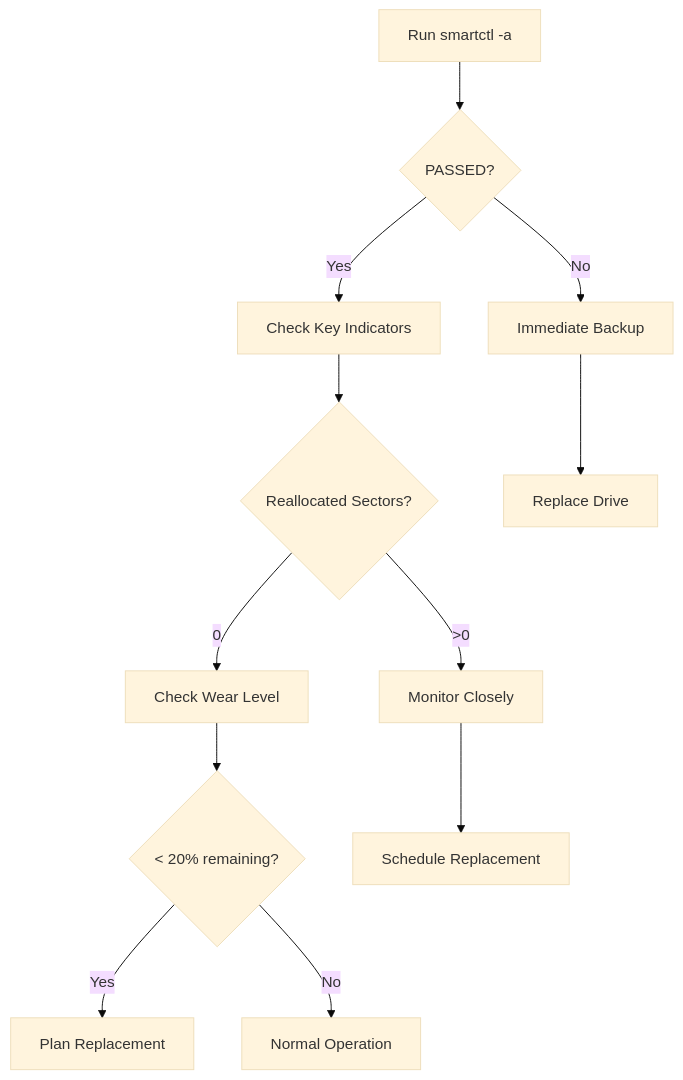
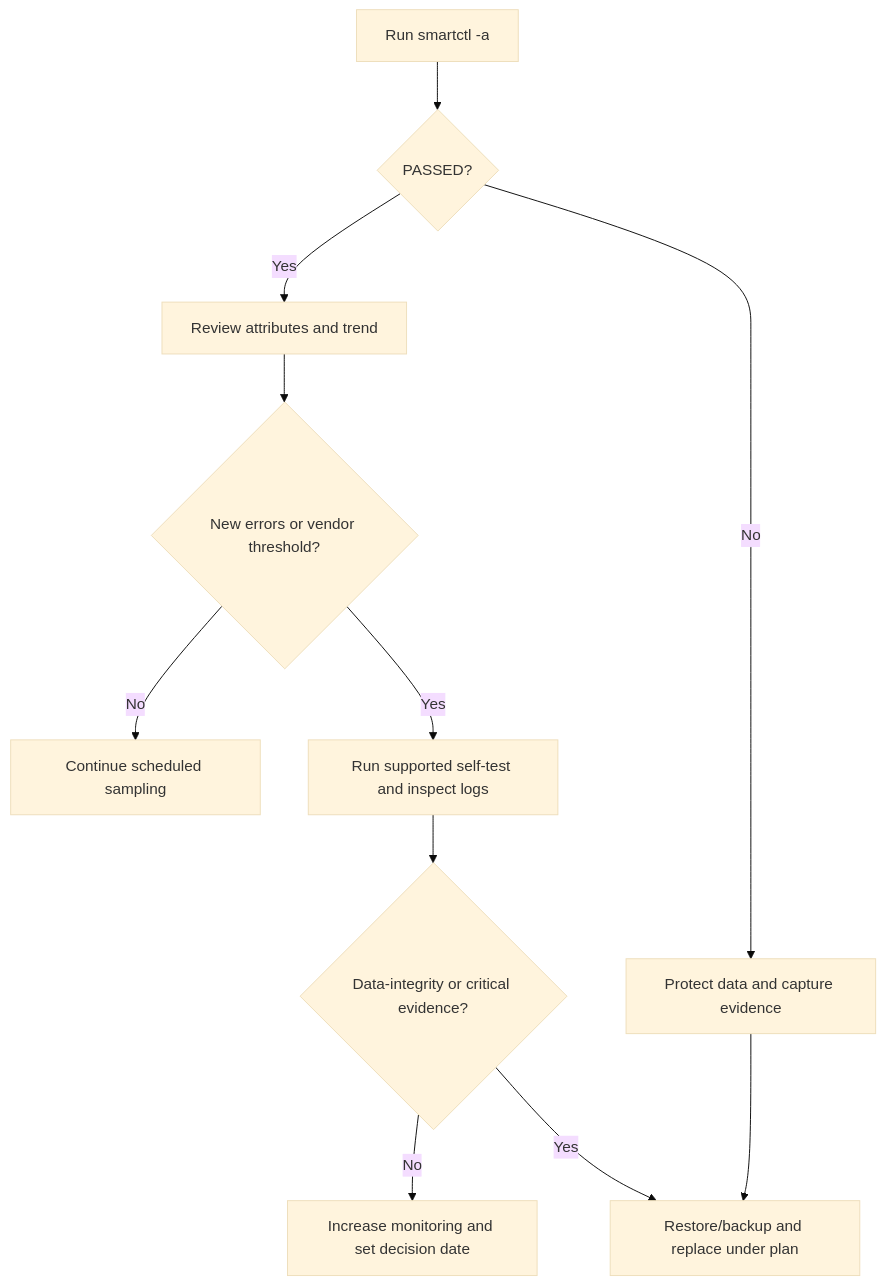
One commit to choisimo/document changed the diagram in content/docs/infrastructure/hardware/ssd-guide.md. Above: the diagram before and after it, drawn with Mermaid (base theme). The commit also changed other lines of this file and 504 other files, not shown here.

````diff
--- a/content/docs/infrastructure/hardware/ssd-guide.md
+++ b/content/docs/infrastructure/hardware/ssd-guide.md
@@ -59,14 +66,13 @@
 ```mermaid
 flowchart TD
     A[Run smartctl -a] --> B{PASSED?}
-    B -->|Yes| C[Check Key Indicators]
-    B -->|No| D[Immediate Backup]
-    C --> E{Reallocated Sectors?}
-    E -->|0| F[Check Wear Level]
-    E -->|>0| G[Monitor Closely]
-    F --> H{< 20% remaining?}
-    H -->|Yes| I[Plan Replacement]
-    H -->|No| J[Normal Operation]
-    G --> K[Schedule Replacement]
-    D --> L[Replace Drive]
+    B -->|Yes| C[Review attributes and trend]
+    B -->|No| D[Protect data and capture evidence]
+    C --> E{New errors or vendor threshold?}
+    E -->|No| F[Continue scheduled sampling]
+    E -->|Yes| G[Run supported self-test and inspect logs]
+    G --> H{Data-integrity or critical evidence?}
+    H -->|Yes| I[Restore/backup and replace under plan]
+    H -->|No| J[Increase monitoring and set decision date]
+    D --> I
 ```
````
